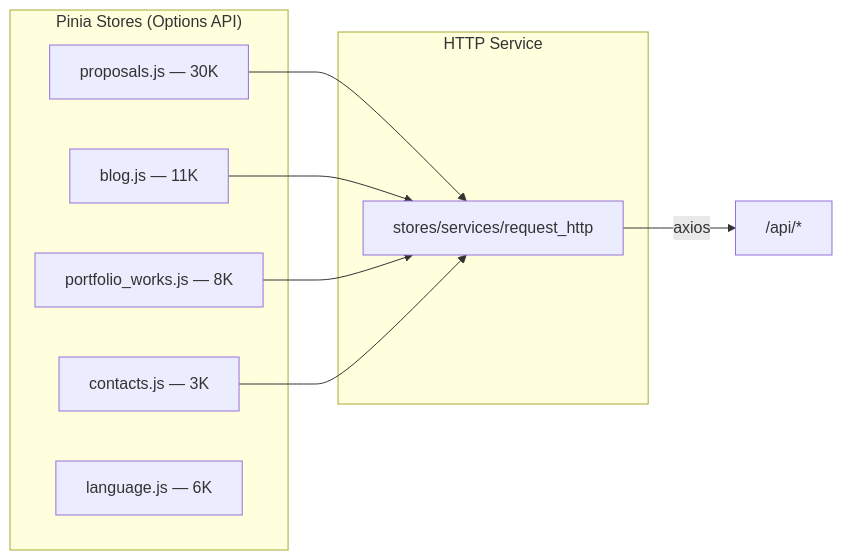
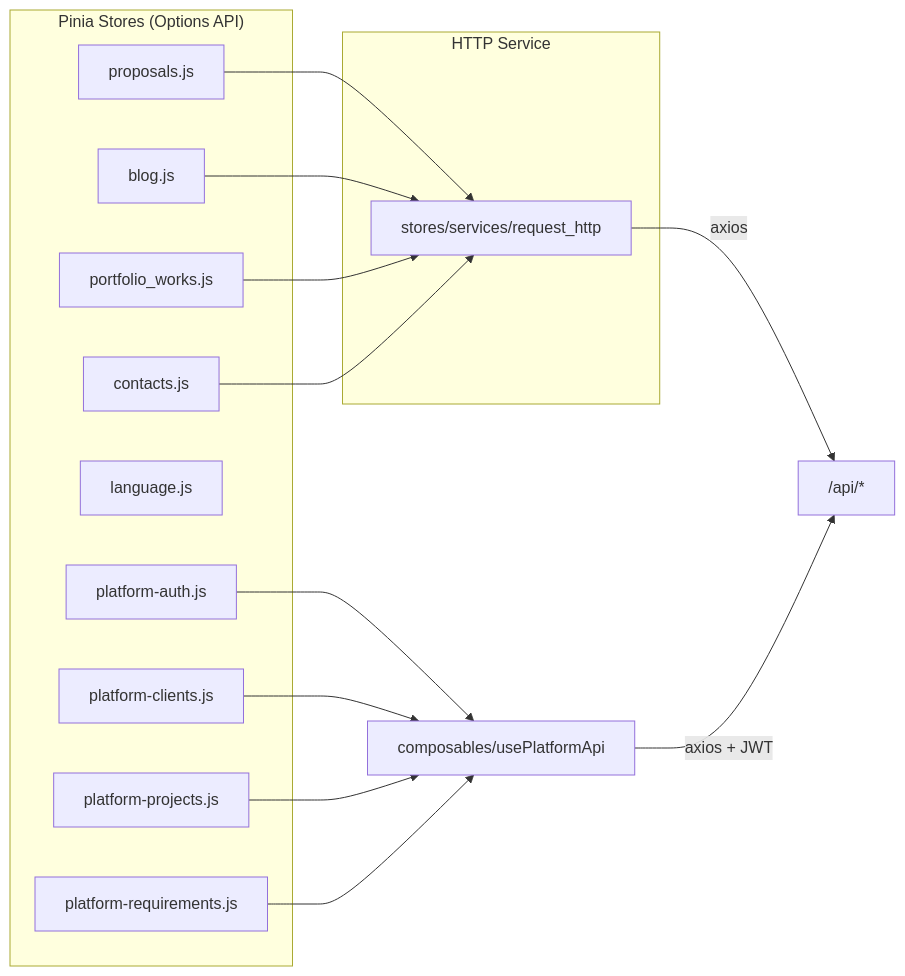
The seventh of 10 diagrams in docs/methodology/architecture.md (gustavop-dev/projectapp), drawn with Mermaid before and after one commit. The commit also changed other lines of this file and 60 other files, not shown here.

````diff
--- a/docs/methodology/architecture.md
+++ b/docs/methodology/architecture.md
@@ -222,21 +250,30 @@
 ```mermaid
 flowchart LR
     subgraph Stores["Pinia Stores (Options API)"]
-        ProposalStore["proposals.js — 30K"]
-        BlogStore["blog.js — 11K"]
-        PortfolioStore["portfolio_works.js — 8K"]
-        ContactStore["contacts.js — 3K"]
-        LanguageStore["language.js — 6K"]
+        ProposalStore["proposals.js"]
+        BlogStore["blog.js"]
+        PortfolioStore["portfolio_works.js"]
+        ContactStore["contacts.js"]
+        LanguageStore["language.js"]
+        PlatformAuth["platform-auth.js"]
+        PlatformClients["platform-clients.js"]
+        PlatformProjects["platform-projects.js"]
+        PlatformRequirements["platform-requirements.js"]
     end
 
     subgraph HTTP["HTTP Service"]
         RequestHTTP["stores/services/request_http"]
     end
 
     ProposalStore --> RequestHTTP
     BlogStore --> RequestHTTP
     PortfolioStore --> RequestHTTP
     ContactStore --> RequestHTTP
+    PlatformAuth --> PlatformHTTP["composables/usePlatformApi"]
+    PlatformClients --> PlatformHTTP
+    PlatformProjects --> PlatformHTTP
+    PlatformRequirements --> PlatformHTTP
 
     RequestHTTP -->|axios| API["/api/*"]
+    PlatformHTTP -->|axios + JWT| API
 ```
````
